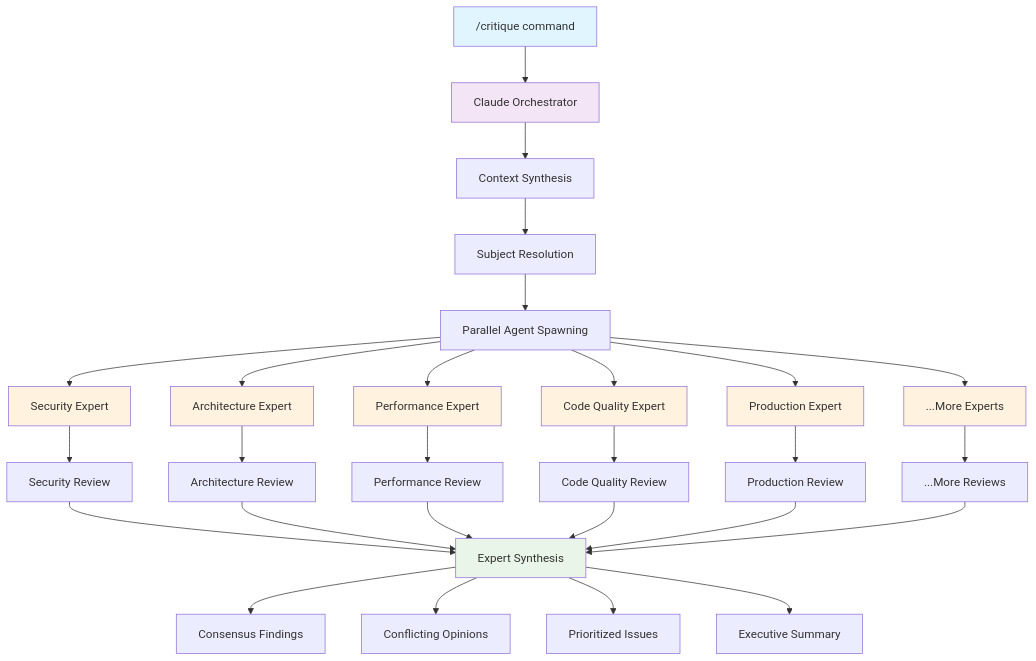
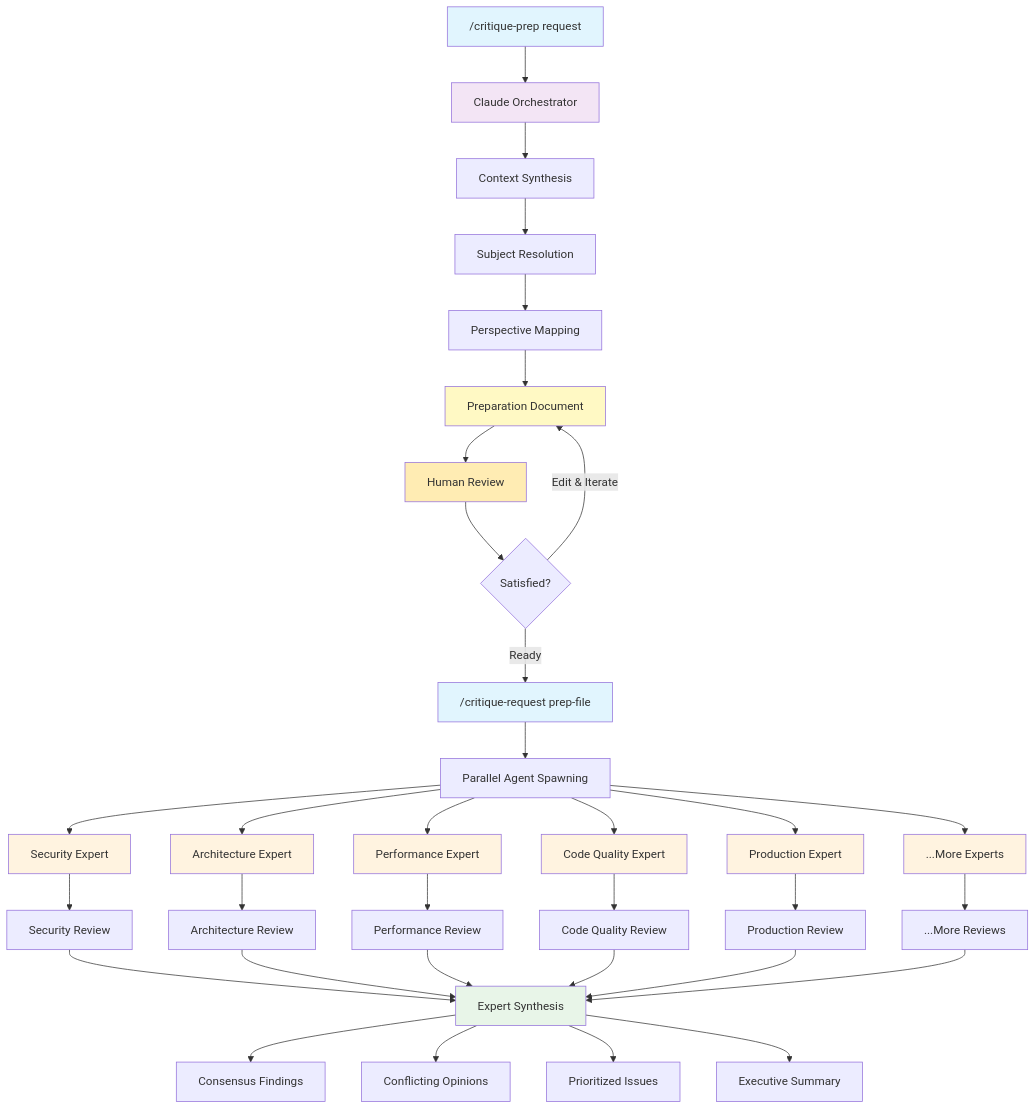
Before and after one commit to cmardiros/claude-code-power-pack: the diagram in docs/slash_commands/critique-workflow-guide.md, drawn with Mermaid. The commit also changed other lines of this file and 5 other files, not shown here.

First line of the commit message:
Refactor critique workflow into two-phase system with human oversight

````diff
--- a/docs/slash_commands/critique-workflow-guide.md
+++ b/docs/slash_commands/critique-workflow-guide.md
@@ -9,43 +13,54 @@
 ```mermaid
 graph TD
-    A["/critique command"] --> B["Claude Orchestrator"]
+    A["/critique-prep request"] --> B["Claude Orchestrator"]
     B --> C["Context Synthesis"]
     C --> D["Subject Resolution"]
-    D --> E["Parallel Agent Spawning"]
+    D --> E["Perspective Mapping"]
+    E --> F["Preparation Document"]
     
-    E --> F1["Security Expert"]
-    E --> F2["Architecture Expert"] 
-    E --> F3["Performance Expert"]
-    E --> F4["Code Quality Expert"]
-    E --> F5["Production Expert"]
-    E --> F6["...More Experts"]
+    F --> G["Human Review"]
+    G --> H{"Satisfied?"}
+    H -->|"Edit & Iterate"| F
+    H -->|"Ready"| I["/critique-request prep-file"]
     
-    F1 --> G1["Security Review"]
-    F2 --> G2["Architecture Review"]
-    F3 --> G3["Performance Review"] 
-    F4 --> G4["Code Quality Review"]
-    F5 --> G5["Production Review"]
-    F6 --> G6["...More Reviews"]
+    I --> J["Parallel Agent Spawning"]
     
-    G1 --> H["Expert Synthesis"]
-    G2 --> H
-    G3 --> H
-    G4 --> H
-    G5 --> H
-    G6 --> H
+    J --> K1["Security Expert"]
+    J --> K2["Architecture Expert"] 
+    J --> K3["Performance Expert"]
+    J --> K4["Code Quality Expert"]
+    J --> K5["Production Expert"]
+    J --> K6["...More Experts"]
     
-    H --> I["Consensus Findings"]
-    H --> J["Conflicting Opinions"]
-    H --> K["Prioritized Issues"]
-    H --> L["Executive Summary"]
+    K1 --> L1["Security Review"]
+    K2 --> L2["Architecture Review"]
+    K3 --> L3["Performance Review"] 
+    K4 --> L4["Code Quality Review"]
+    K5 --> L5["Production Review"]
+    K6 --> L6["...More Reviews"]
+    
+    L1 --> M["Expert Synthesis"]
+    L2 --> M
+    L3 --> M
+    L4 --> M
+    L5 --> M
+    L6 --> M
+    
+    M --> N["Consensus Findings"]
+    M --> O["Conflicting Opinions"]
+    M --> P["Prioritized Issues"]
+    M --> Q["Executive Summary"]
     
     style A fill:#e1f5fe
     style B fill:#f3e5f5
-    style H fill:#e8f5e8
-    style F1 fill:#fff3e0
-    style F2 fill:#fff3e0
-    style F3 fill:#fff3e0
-    style F4 fill:#fff3e0
-    style F5 fill:#fff3e0
-    style F6 fill:#fff3e0
+    style F fill:#fff9c4
+    style G fill:#ffecb3
+    style I fill:#e1f5fe
+    style M fill:#e8f5e8
+    style K1 fill:#fff3e0
+    style K2 fill:#fff3e0
+    style K3 fill:#fff3e0
+    style K4 fill:#fff3e0
+    style K5 fill:#fff3e0
+    style K6 fill:#fff3e0
 ```
````
